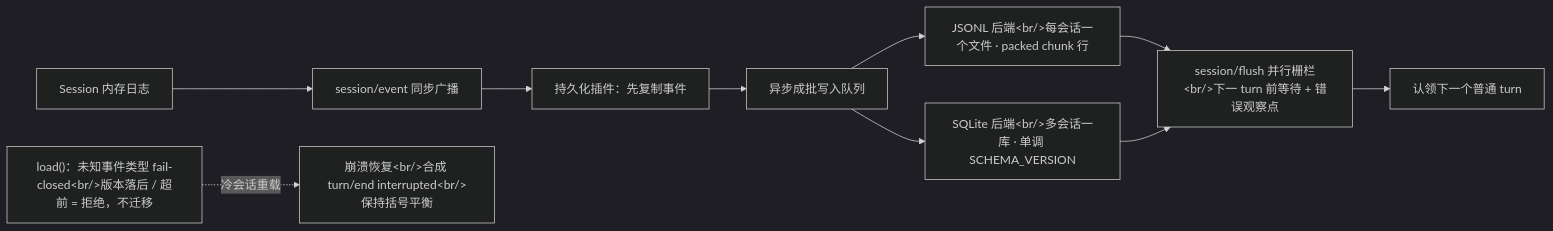
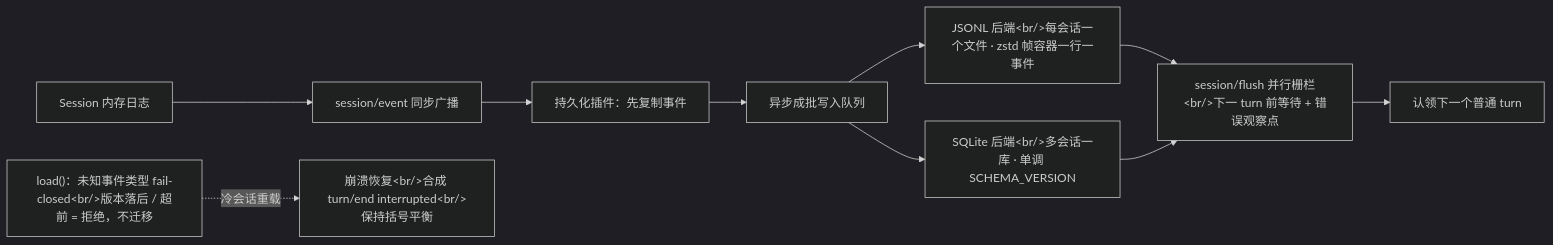
One commit to ZZKeepCurious/mini-deepseek-harness-python changed the third of 5 diagrams in docs/report/03-flows.md. Above: the diagram before and after it, drawn with Mermaid (dark theme). The commit also changed other lines of this file and 47 other files, not shown here.

````diff
--- a/docs/report/03-flows.md
+++ b/docs/report/03-flows.md
@@ -151,20 +151,20 @@
 ```mermaid
 flowchart LR
   S["Session 内存日志"]
   EVT["session/event 同步广播"]
   P["持久化插件：先复制事件"]
   Q["异步成批写入队列"]
-  J["JSONL 后端&lt;br/&gt;每会话一个文件 · packed chunk 行"]
+  J["JSONL 后端&lt;br/&gt;每会话一个文件 · zstd 帧容器一行一事件"]
   QL["SQLite 后端&lt;br/&gt;多会话一库 · 单调 SCHEMA_VERSION"]
   F["session/flush 并行栅栏&lt;br/&gt;下一 turn 前等待 + 错误观察点"]
   NEXT["认领下一个普通 turn"]
   LOAD["load()：未知事件类型 fail-closed&lt;br/&gt;版本落后 / 超前 = 拒绝，不迁移"]
   INT["崩溃恢复&lt;br/&gt;合成 turn/end interrupted&lt;br/&gt;保持括号平衡"]
   S --> EVT --> P --> Q
   Q --> J
   Q --> QL
   J --> F
   QL --> F
   F --> NEXT
   LOAD -.冷会话重载.-> INT
 ```
````
